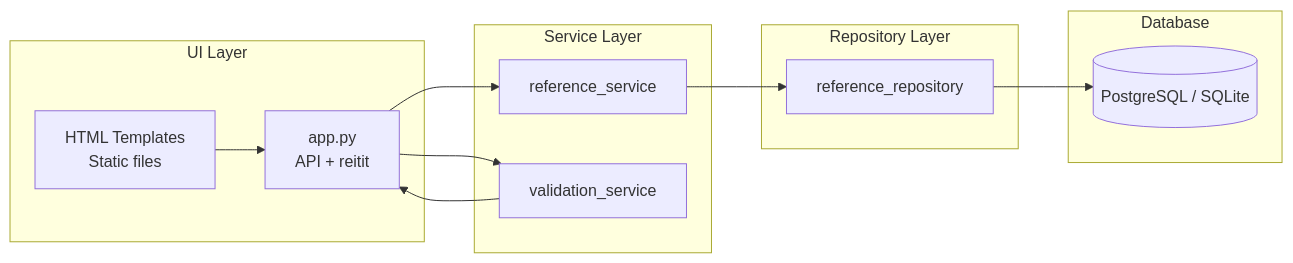
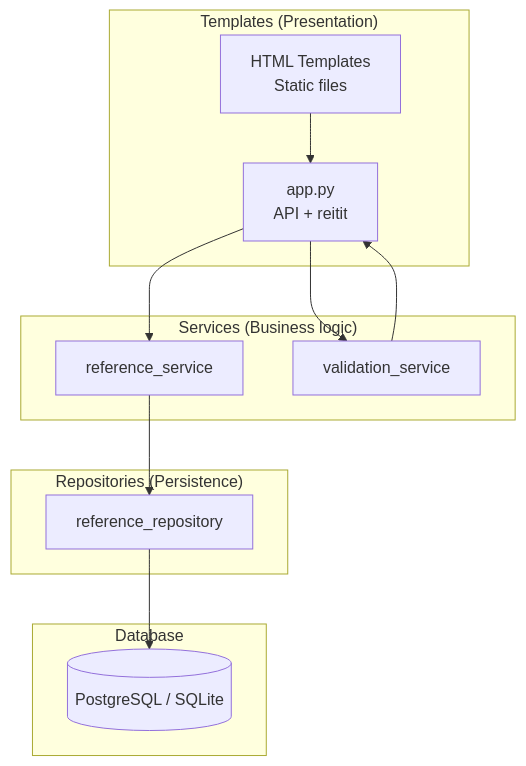
Before and after one commit to kortekoski/ohtuminiprojekti: the first of 3 diagrams in documentation/README_architecture.md, drawn with Mermaid. The commit also changed other lines of this file, not shown here.

Commit message:
Update architecture diagrams

`````diff
--- a/documentation/README_architecture.md
+++ b/documentation/README_architecture.md
@@ -2,30 +5,30 @@
 ````mermaid
-flowchart LR
+flowchart TB
 
-    subgraph UI["UI Layer"]
+    subgraph UI["Templates (Presentation)"]
         Tmpl[HTML Templates<br/>Static files]
         AppPy[app.py<br/>API + reitit]
     end
 
-    subgraph Service["Service Layer"]
+    subgraph Service["Services  (Business logic)"]
         RefSvc[reference_service]
         ValSvc[validation_service]
     end
 
-    subgraph Repo["Repository Layer"]
+    subgraph Repo["Repositories (Persistence)"]
         RefRepo[reference_repository]
        
     end
 
     subgraph DB["Database"]
         SQL[(PostgreSQL / SQLite)]
     end
 
     %% Connections
     Tmpl --> AppPy
     AppPy --> ValSvc
     ValSvc --> AppPy
     AppPy --> RefSvc
     RefSvc --> RefRepo
     RefRepo --> SQL
 ````
`````
